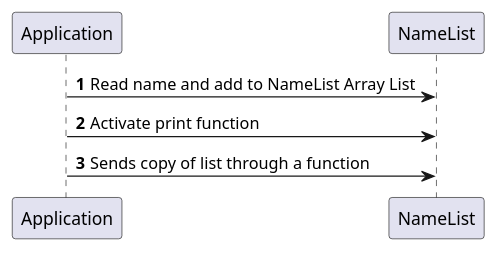
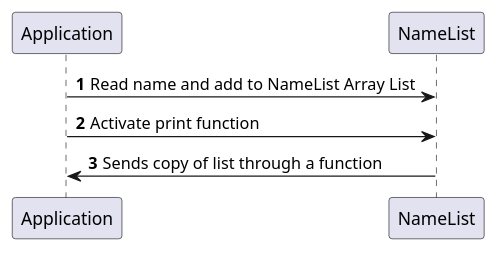
Before and after one commit to agalvezv/galvez-vega-cop3330-assignment3: the diagram in src/main/java/oop/exercises/ex41/Ex41Diagram.puml, drawn with PlantUML. The commit also changed 5 other files, not shown here.

```diff
--- a/src/main/java/oop/exercises/ex41/Ex41Diagram.puml
+++ b/src/main/java/oop/exercises/ex41/Ex41Diagram.puml
@@ -1,11 +1,11 @@
 @startuml
 'https://plantuml.com/sequence-diagram
 
 autonumber
 
 Application -> NameList: Read name and add to NameList Array List
 Application -> NameList: Activate print function
-NameList <- Application: Sends copy of list through a function
+NameList -> Application: Sends copy of list through a function
 
 
 @enduml
```
